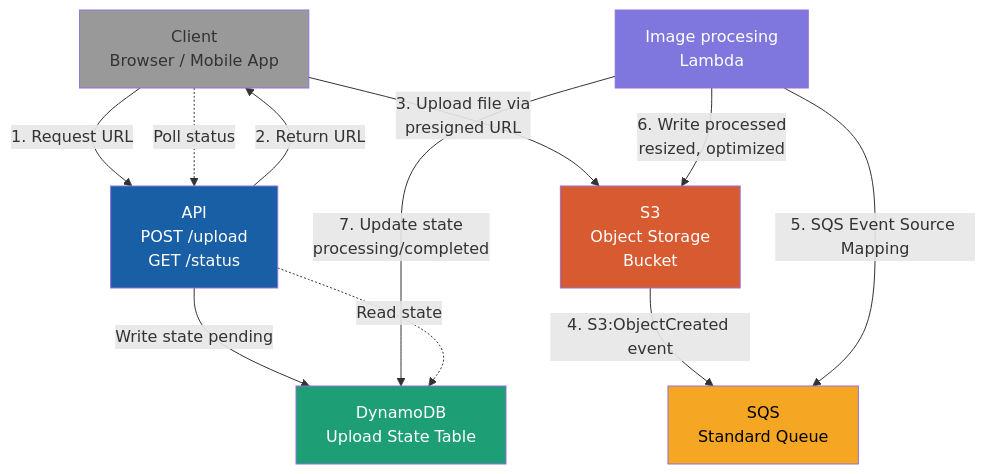
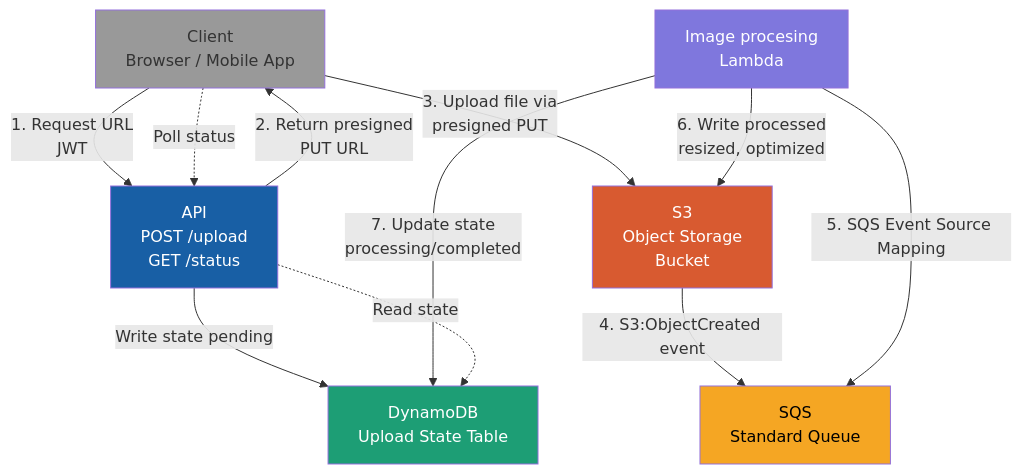
The first of 2 diagrams in docs/design.md (Valken/image-processor), drawn with Mermaid before and after one commit. The commit also changed other lines of this file, not shown here.

First line of the commit message:
docs: Record error handling, handler layout and upload design (#18)

````diff
--- a/docs/design.md
+++ b/docs/design.md
@@ -41,32 +60,32 @@
 ```mermaid
 graph TB
     Client["Client<br/>Browser / Mobile App"]
     API["API<br/>POST /upload<br/>GET /status"]
     DDB["DynamoDB<br/>Upload State Table"]
     S3["S3<br/>Object Storage<br/>Bucket"]
     SQS["SQS<br/>Standard Queue"]
     Lambda["Image procesing<br/>Lambda"]
 
-    Client -->|1. Request URL| API
+    Client -->|1. Request URL<br/>JWT| API
     API -->|Write state pending| DDB
-    API -->|2. Return URL| Client
+    API -->|2. Return presigned<br/>PUT URL| Client
 
-    Client -->|3. Upload file via<br/>presigned URL| S3
+    Client -->|3. Upload file via<br/>presigned PUT| S3
 
     S3 -->|4. S3:ObjectCreated event| SQS
 
     Lambda -->|5. SQS Event Source Mapping| SQS
 
     Lambda -->|6. Write processed<br/>resized, optimized| S3
     Lambda -->|7. Update state<br/>processing/completed| DDB
 
     Client -.->|Poll status| API
     API -.->|Read state| DDB
 
     style Client fill:#999
     style API fill:#185FA5,color:#fff
     style DDB fill:#1D9E75,color:#fff
     style S3 fill:#D85A30,color:#fff
     style SQS fill:#F5A623,color:#000
     style Lambda fill:#7F77DD,color:#fff
 ```
````
